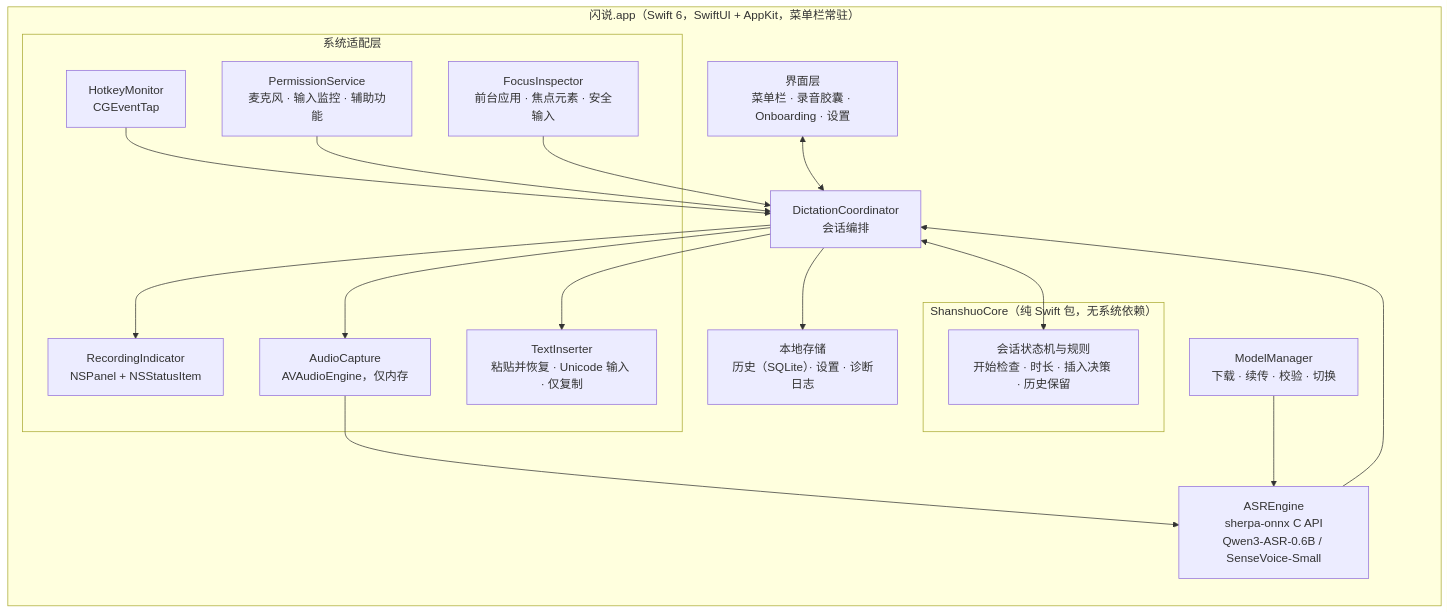
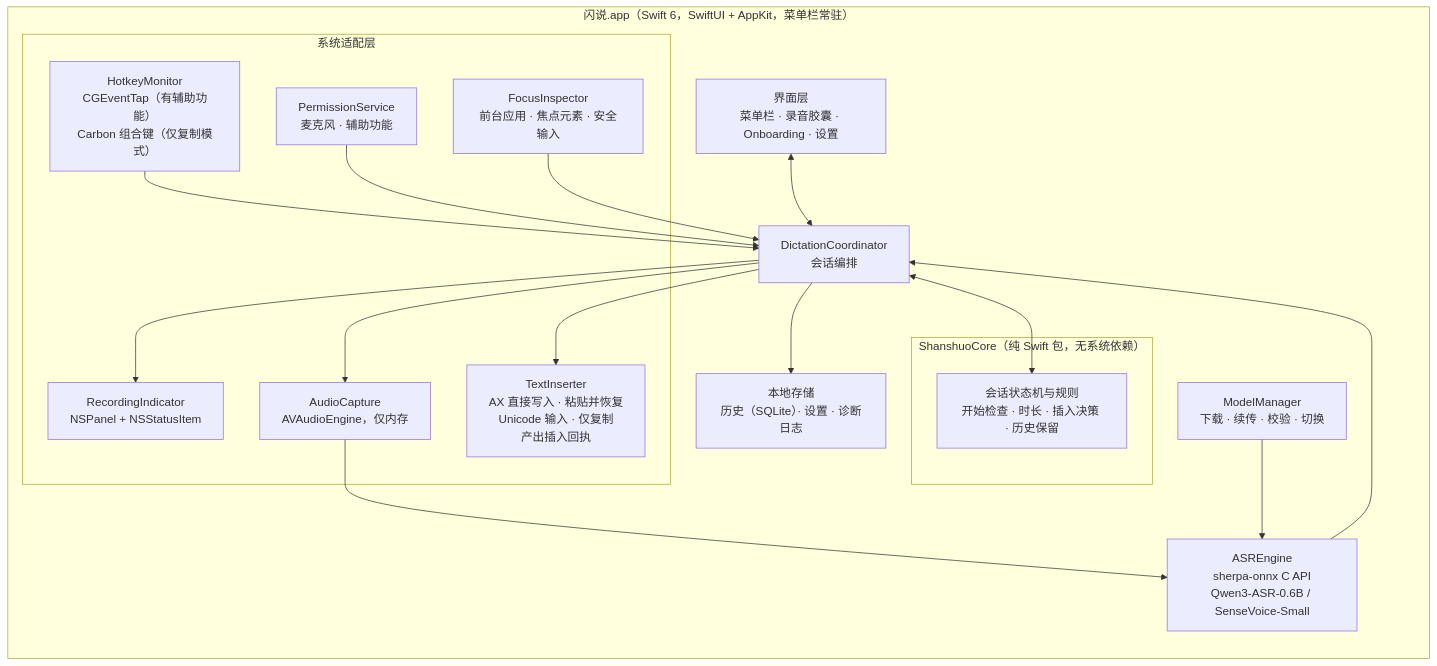
Before and after one commit to arnow117/voice-dictation: the first of 2 diagrams in .sdlc-v1/context/FEAT-001.engineering.md, drawn with Mermaid. The commit also changed other lines of this file and 6 other files, not shown here.

````diff
--- a/.sdlc-v1/context/FEAT-001.engineering.md
+++ b/.sdlc-v1/context/FEAT-001.engineering.md
@@ -35,33 +35,33 @@
 ```mermaid
 flowchart LR
     subgraph App["闪说.app（Swift 6，SwiftUI + AppKit，菜单栏常驻）"]
         UI["界面层<br/>菜单栏 · 录音胶囊 · Onboarding · 设置"]
         Coord["DictationCoordinator<br/>会话编排"]
         subgraph Core["ShanshuoCore（纯 Swift 包，无系统依赖）"]
             SM["会话状态机与规则<br/>开始检查 · 时长 · 插入决策 · 历史保留"]
         end
         subgraph Platform["系统适配层"]
-            HK["HotkeyMonitor<br/>CGEventTap"]
-            PERM["PermissionService<br/>麦克风 · 输入监控 · 辅助功能"]
+            HK["HotkeyMonitor<br/>CGEventTap（有辅助功能）<br/>Carbon 组合键（仅复制模式）"]
+            PERM["PermissionService<br/>麦克风 · 辅助功能"]
             FOCUS["FocusInspector<br/>前台应用 · 焦点元素 · 安全输入"]
             IND["RecordingIndicator<br/>NSPanel + NSStatusItem"]
             AUD["AudioCapture<br/>AVAudioEngine，仅内存"]
-            INS["TextInserter<br/>粘贴并恢复 · Unicode 输入 · 仅复制"]
+            INS["TextInserter<br/>AX 直接写入 · 粘贴并恢复<br/>Unicode 输入 · 仅复制<br/>产出插入回执"]
         end
         ASR["ASREngine<br/>sherpa-onnx C API<br/>Qwen3-ASR-0.6B / SenseVoice-Small"]
         MM["ModelManager<br/>下载 · 续传 · 校验 · 切换"]
         STORE["本地存储<br/>历史（SQLite）· 设置 · 诊断日志"]
     end
     HK --> Coord
     PERM --> Coord
     FOCUS --> Coord
     Coord <--> SM
     Coord --> IND
     Coord --> AUD
     AUD --> ASR
     ASR --> Coord
     Coord --> INS
     Coord --> STORE
     MM --> ASR
     UI <--> Coord
 ```
````
